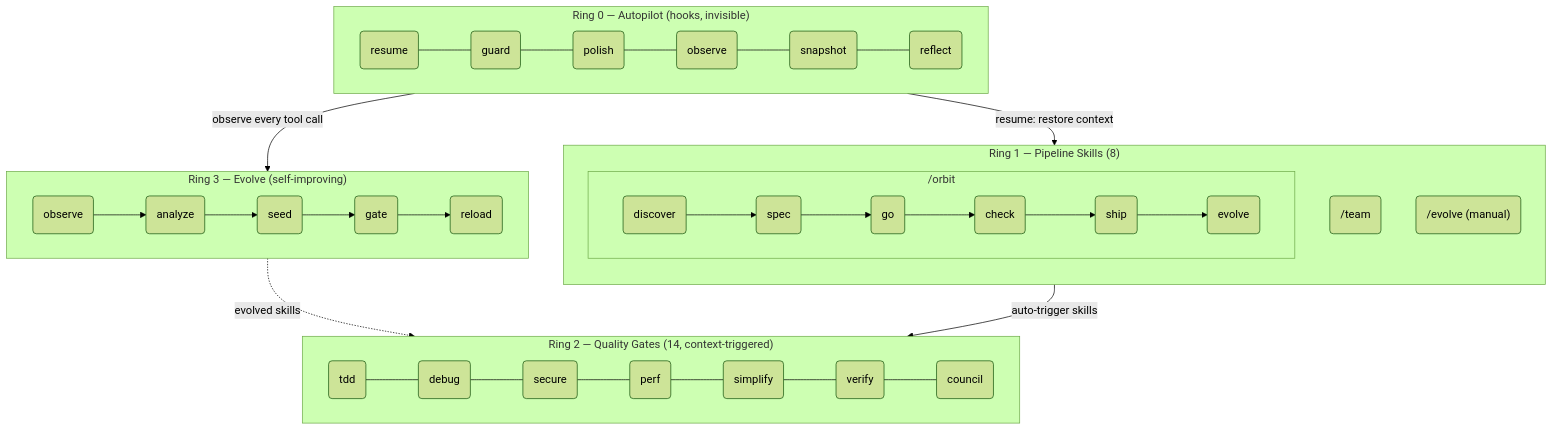
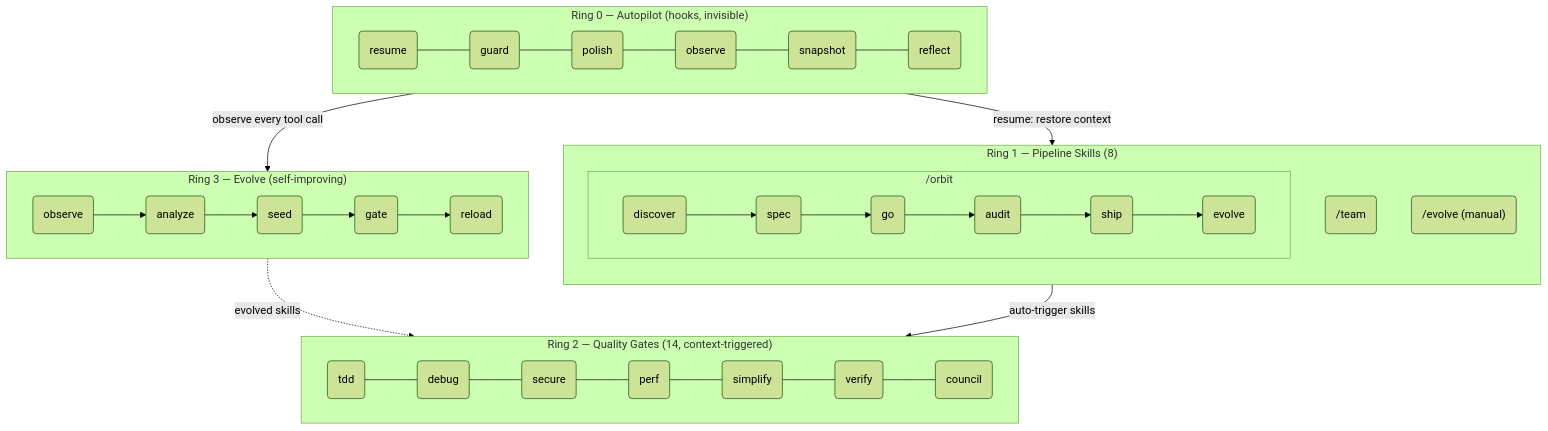
Before and after one commit to epicsagas/epic-harness: the second of 2 diagrams in i18n/ja/README.md, drawn with Mermaid (forest theme). The commit also changed other lines of this file and 28 other files, not shown here.

First line of the commit message:
refactor(skills): rename check skill to audit

````diff
--- a/i18n/ja/README.md
+++ b/i18n/ja/README.md
@@ -421,32 +421,32 @@
 ```mermaid
 flowchart TB
     subgraph R0["Ring 0 — Autopilot (hooks, invisible)"]
         direction LR
         h1(resume) --- h2(guard) --- h3(polish) --- h4(observe) --- h5(snapshot) --- h6(reflect)
     end
 
     subgraph R1["Ring 1 — Pipeline Skills (8)"]
         direction TB
         subgraph orbit_wrap["  /orbit  "]
             direction LR
-            c1(discover) --> c2(spec) --> c3(go) --> c4(check) --> c5(ship) --> c6(evolve)
+            c1(discover) --> c2(spec) --> c3(go) --> c4(audit) --> c5(ship) --> c6(evolve)
         end
         c7("/team")
         c8("/evolve (manual)")
     end
 
     subgraph R2["Ring 2 — Quality Gates (14, context-triggered)"]
         direction LR
         s1(tdd) --- s2(debug) --- s3(secure) --- s4(perf) --- s5(simplify) --- s6(verify) --- s7(council)
     end
 
     subgraph R3["Ring 3 — Evolve (self-improving)"]
         direction LR
         e1(observe) --> e2(analyze) --> e3(seed) --> e4(gate) --> e5(reload)
     end
 
     R0 -->|"observe every tool call"| R3
     R3 -.->|"evolved skills"| R2
     R1 -->|"auto-trigger skills"| R2
     R0 -->|"resume: restore context"| R1
 ```
````
